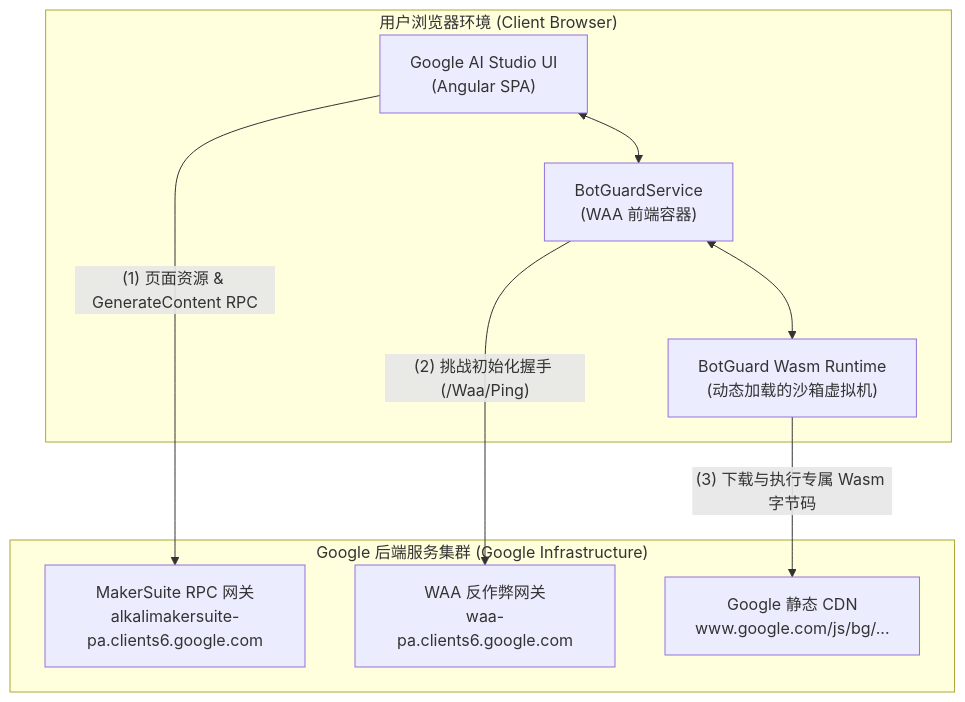
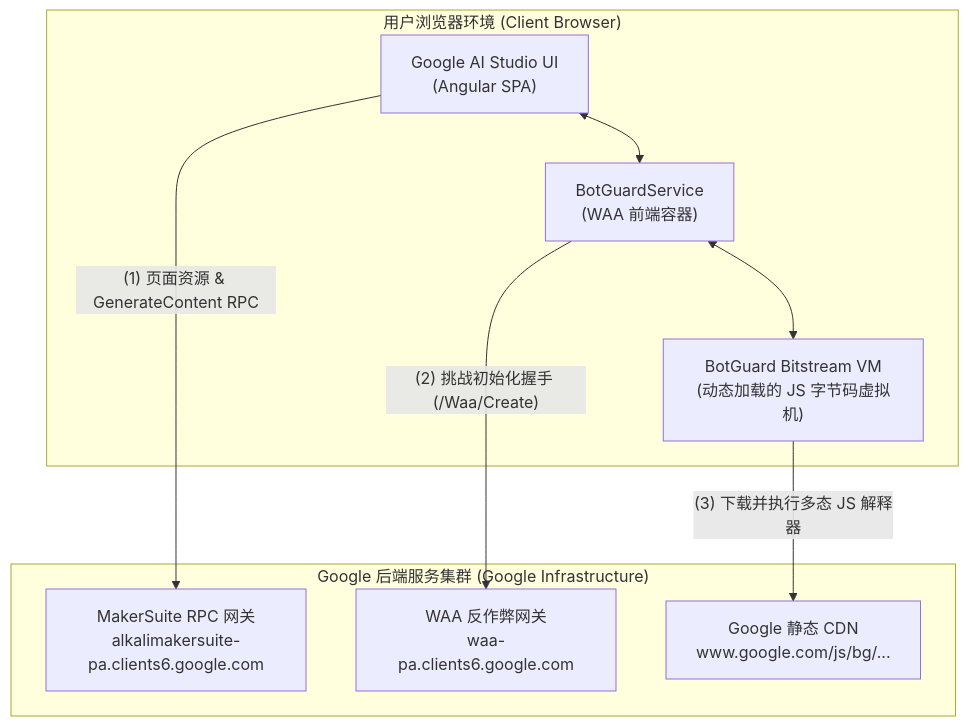
The first of 3 diagrams in docs/BOTGUARD_VERIFICATION_CHAIN.md (DeconstructedCube/aistudio-api), drawn with Mermaid before and after one commit. The commit also changed other lines of this file and 12 other files, not shown here.

````diff
--- a/docs/BOTGUARD_VERIFICATION_CHAIN.md
+++ b/docs/BOTGUARD_VERIFICATION_CHAIN.md
@@ -24,20 +24,20 @@
 ```mermaid
 flowchart TD
     subgraph Browser ["用户浏览器环境 (Client Browser)"]
         UI["Google AI Studio UI<br/>(Angular SPA)"]
         BGSvc["BotGuardService<br/>(WAA 前端容器)"]
-        BGWasm["BotGuard Wasm Runtime<br/>(动态加载的沙箱虚拟机)"]
+        BGVM["BotGuard Bitstream VM<br/>(动态加载的 JS 字节码虚拟机)"]
         UI <--> BGSvc
-        BGSvc <--> BGWasm
+        BGSvc <--> BGVM
     end
 
     subgraph GoogleInfra ["Google 后端服务集群 (Google Infrastructure)"]
         MakerSuite["MakerSuite RPC 网关<br/>alkalimakersuite-pa.clients6.google.com"]
         WaaServer["WAA 反作弊网关<br/>waa-pa.clients6.google.com"]
         StaticCDN["Google 静态 CDN<br/>www.google.com/js/bg/..."]
     end
 
     UI -- "(1) 页面资源 & GenerateContent RPC" --> MakerSuite
-    BGSvc -- "(2) 挑战初始化握手 (/Waa/Ping)" --> WaaServer
-    BGWasm -- "(3) 下载与执行专属 Wasm 字节码" --> StaticCDN
+    BGSvc -- "(2) 挑战初始化握手 (/Waa/Create)" --> WaaServer
+    BGVM -- "(3) 下载并执行多态 JS 解释器" --> StaticCDN
 ```
````
